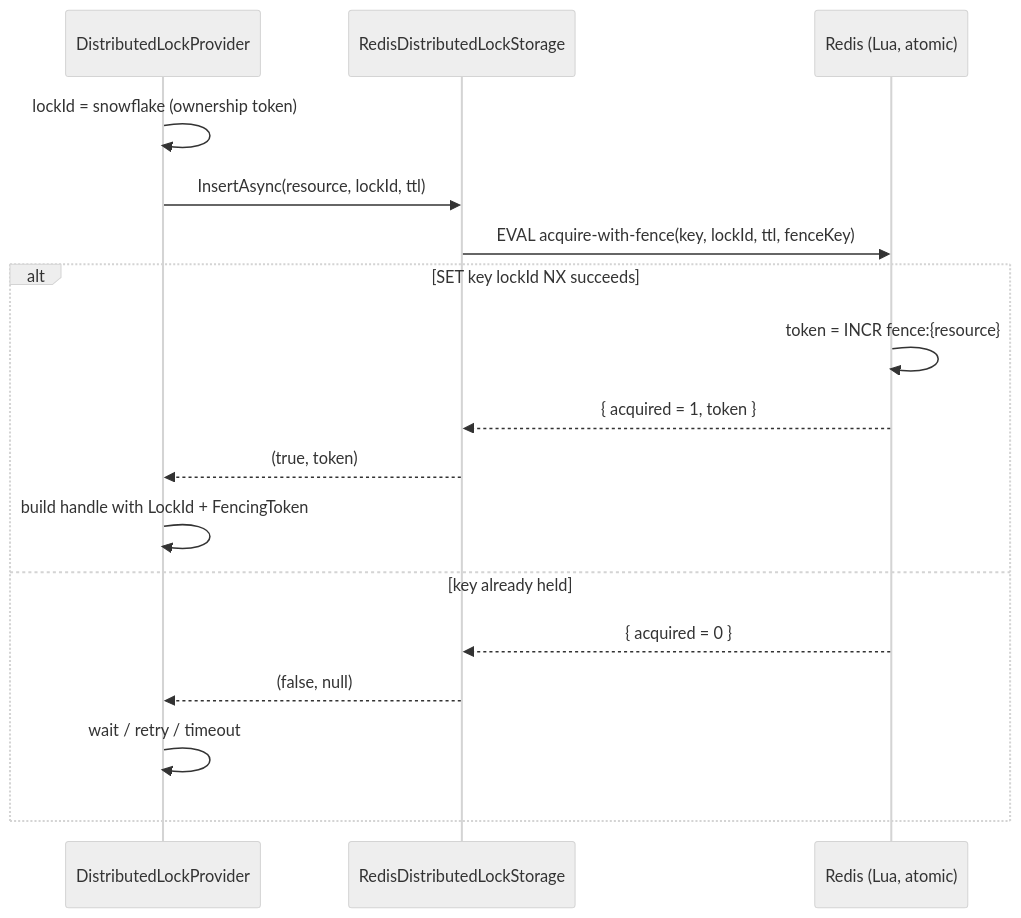
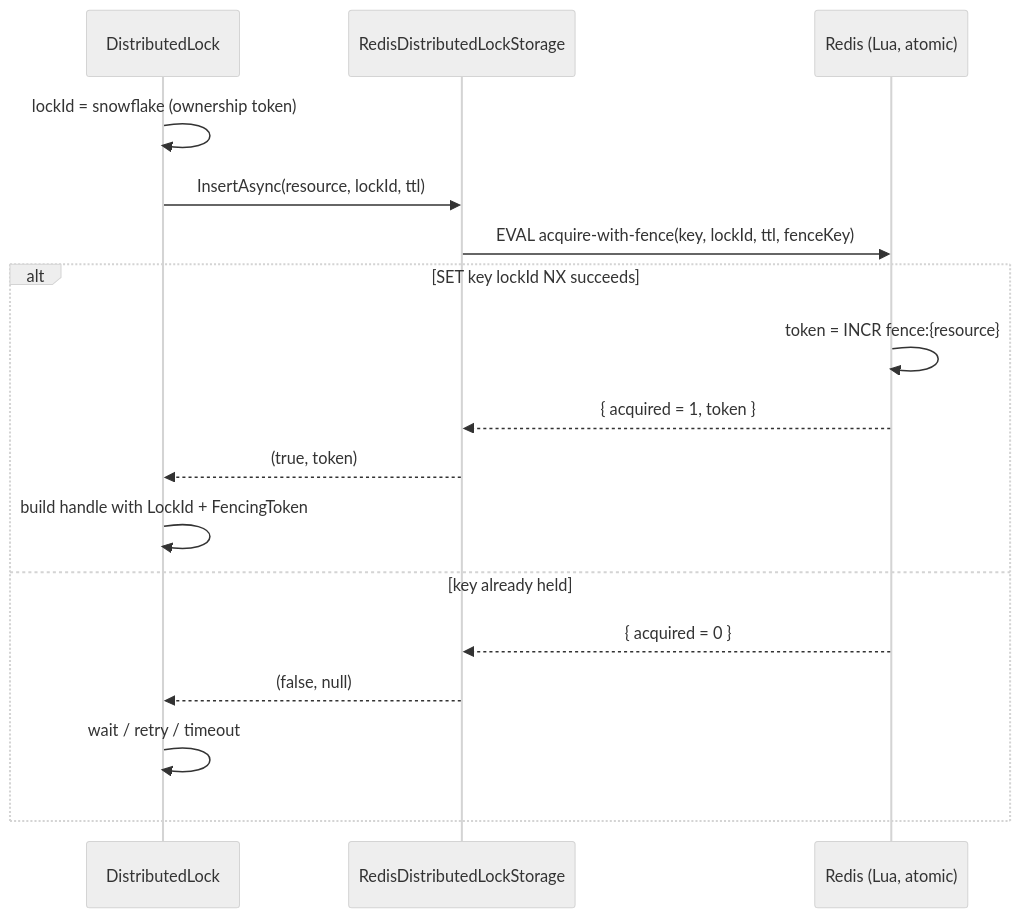
The first of 2 diagrams in docs/plans/2026-06-01-001-feat-semaphore-and-fencing-plan.md (xshaheen/headless-framework), drawn with Mermaid (neutral theme) before and after one commit. The commit also changed other lines of this file and 150 other files, not shown here.

Commit message:
feat(distributed-locks): promote lease-first lock API

````diff
--- a/docs/plans/2026-06-01-001-feat-semaphore-and-fencing-plan.md
+++ b/docs/plans/2026-06-01-001-feat-semaphore-and-fencing-plan.md
@@ -77,19 +77,19 @@
 ```mermaid
 sequenceDiagram
-    participant P as DistributedLockProvider
+    participant P as DistributedLock
     participant S as RedisDistributedLockStorage
     participant R as Redis (Lua, atomic)
     P->>P: lockId = snowflake (ownership token)
     P->>S: InsertAsync(resource, lockId, ttl)
     S->>R: EVAL acquire-with-fence(key, lockId, ttl, fenceKey)
     alt SET key lockId NX succeeds
         R->>R: token = INCR fence:{resource}
         R-->>S: { acquired = 1, token }
         S-->>P: (true, token)
         P->>P: build handle with LockId + FencingToken
     else key already held
         R-->>S: { acquired = 0 }
         S-->>P: (false, null)
         P->>P: wait / retry / timeout
     end
 ```
````
